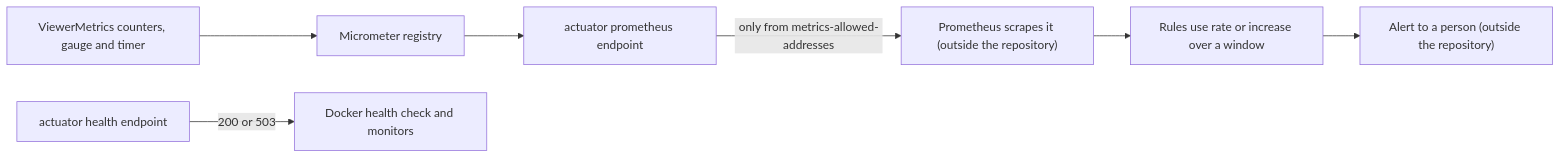
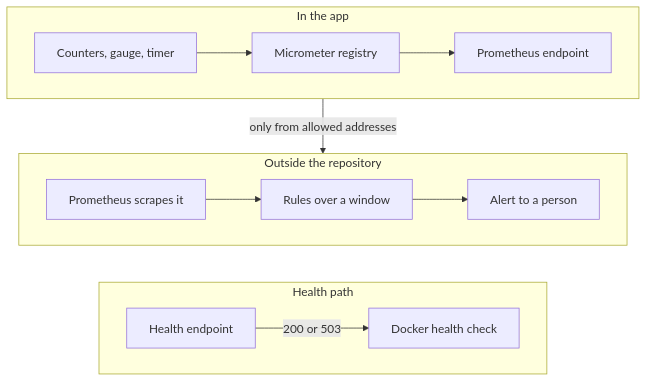
One commit to Sriram-Codes-SW/secure-doc-viewer changed the first of 2 diagrams in book/part-5-production/35-metrics-and-monitoring.md. Above: the diagram before and after it, drawn with Mermaid. The commit also changed other lines of this file and 31 other files, not shown here.

Commit message:
Book: interior layout design, diagram restructuring for print size, mermaid config, measure helper

````diff
--- a/book/part-5-production/35-metrics-and-monitoring.md
+++ b/book/part-5-production/35-metrics-and-monitoring.md
@@ -146,9 +146,17 @@
 ```mermaid
-flowchart LR
-    C["ViewerMetrics counters, gauge and timer"] --> R["Micrometer registry"]
-    R --> E["actuator prometheus endpoint"]
-    E -->|"only from metrics-allowed-addresses"| P["Prometheus scrapes it (outside the repository)"]
-    P --> Q["Rules use rate or increase over a window"]
-    Q --> AL["Alert to a person (outside the repository)"]
-    H["actuator health endpoint"] -->|"200 or 503"| D["Docker health check and monitors"]
+flowchart TB
+    subgraph M1["In the app"]
+        direction LR
+        C["Counters, gauge, timer"] --> R["Micrometer registry"] --> E["Prometheus endpoint"]
+    end
+    subgraph M2["Outside the repository"]
+        direction LR
+        P["Prometheus scrapes it"] --> Q["Rules over a window"] --> AL["Alert to a person"]
+    end
+    subgraph H["Health path"]
+        direction LR
+        HE["Health endpoint"] -->|"200 or 503"| D["Docker health check"]
+    end
+    M1 -->|"only from allowed addresses"| M2
+    M2 ~~~ H
 ```
````
